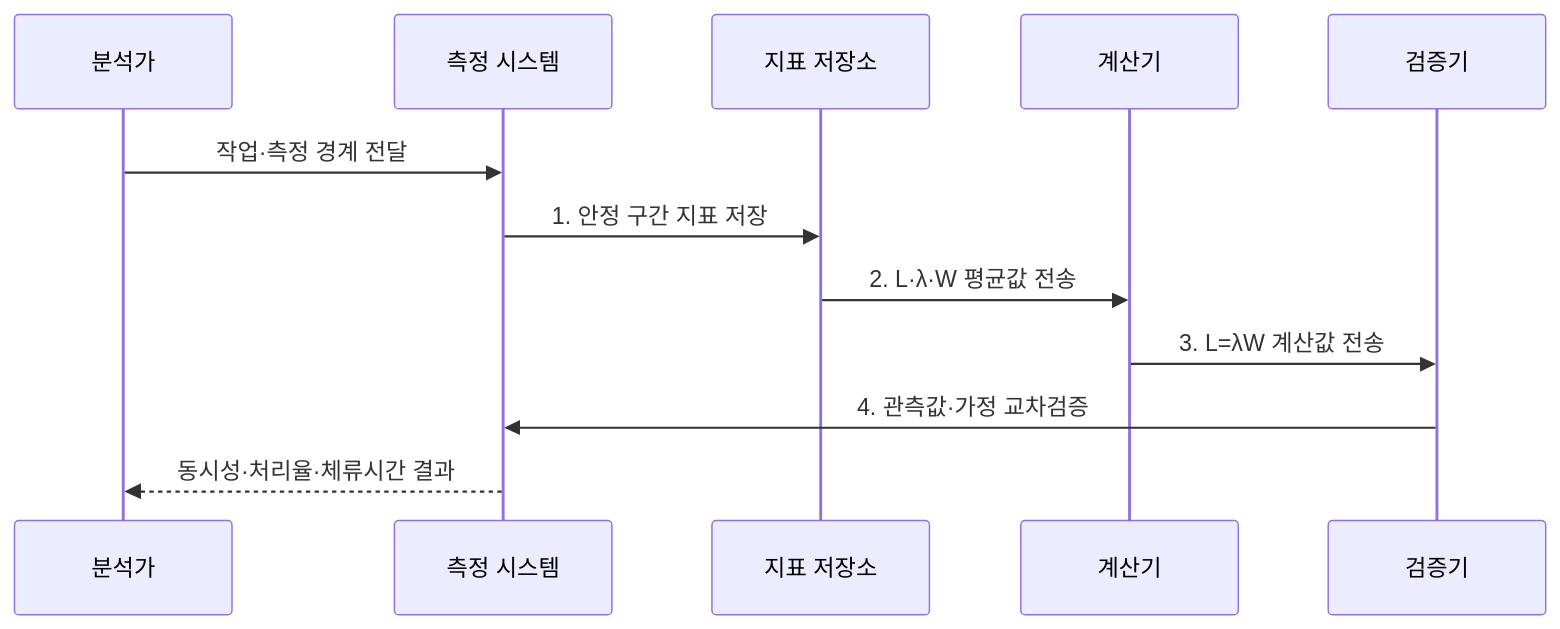
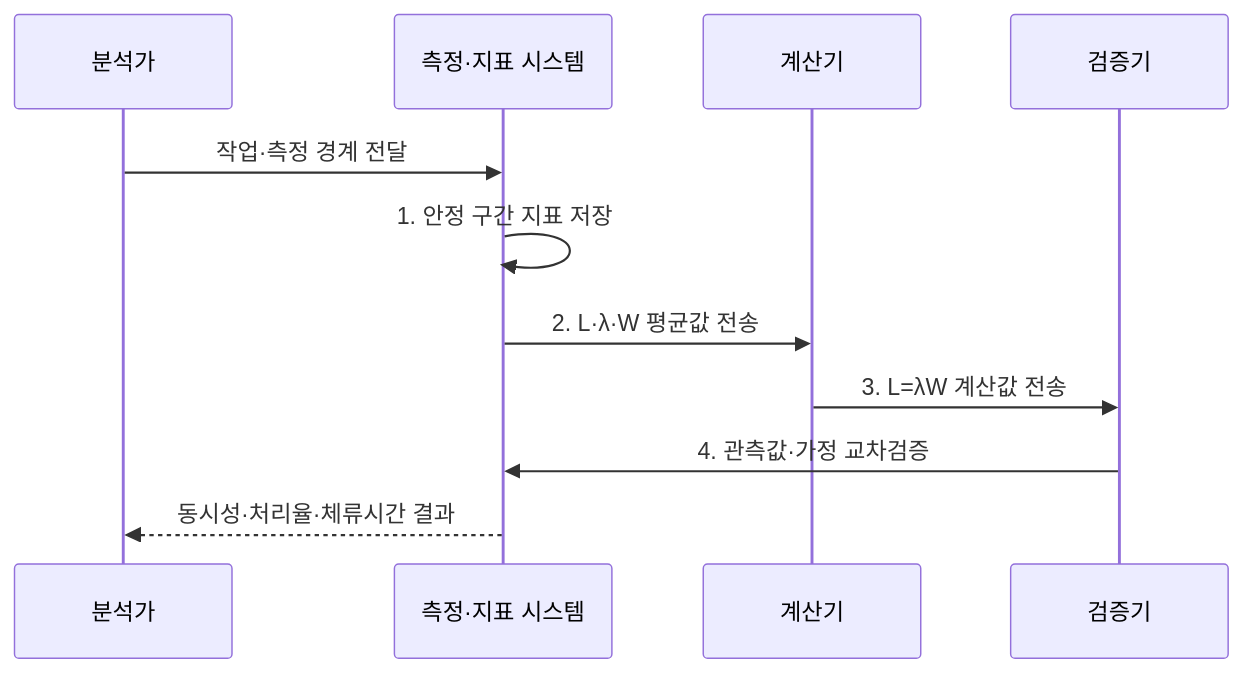
Before and after one commit to agnusdei1207/knowledge-base: the second of 2 diagrams in src/content/docs/notes/06-evaluation/004_littles_law.md, drawn with Mermaid. The commit also changed 6 other files, not shown here.

Commit message:
Simplify evaluation calculation flows

````diff
--- a/src/content/docs/notes/06-evaluation/004_littles_law.md
+++ b/src/content/docs/notes/06-evaluation/004_littles_law.md
@@ -100,14 +100,13 @@
 ```mermaid
 sequenceDiagram
   participant A as 분석가
-  participant M as 측정 시스템
-  participant D as 지표 저장소
+    participant M as 측정·지표 시스템
   participant C as 계산기
   participant V as 검증기
   A->>M: 작업·측정 경계 전달
-  M->>D: 1. 안정 구간 지표 저장
-  D->>C: 2. L·λ·W 평균값 전송
+    M->>M: 1. 안정 구간 지표 저장
+    M->>C: 2. L·λ·W 평균값 전송
   C->>V: 3. L=λW 계산값 전송
   V->>M: 4. 관측값·가정 교차검증
   M-->>A: 동시성·처리율·체류시간 결과
 ```
````
